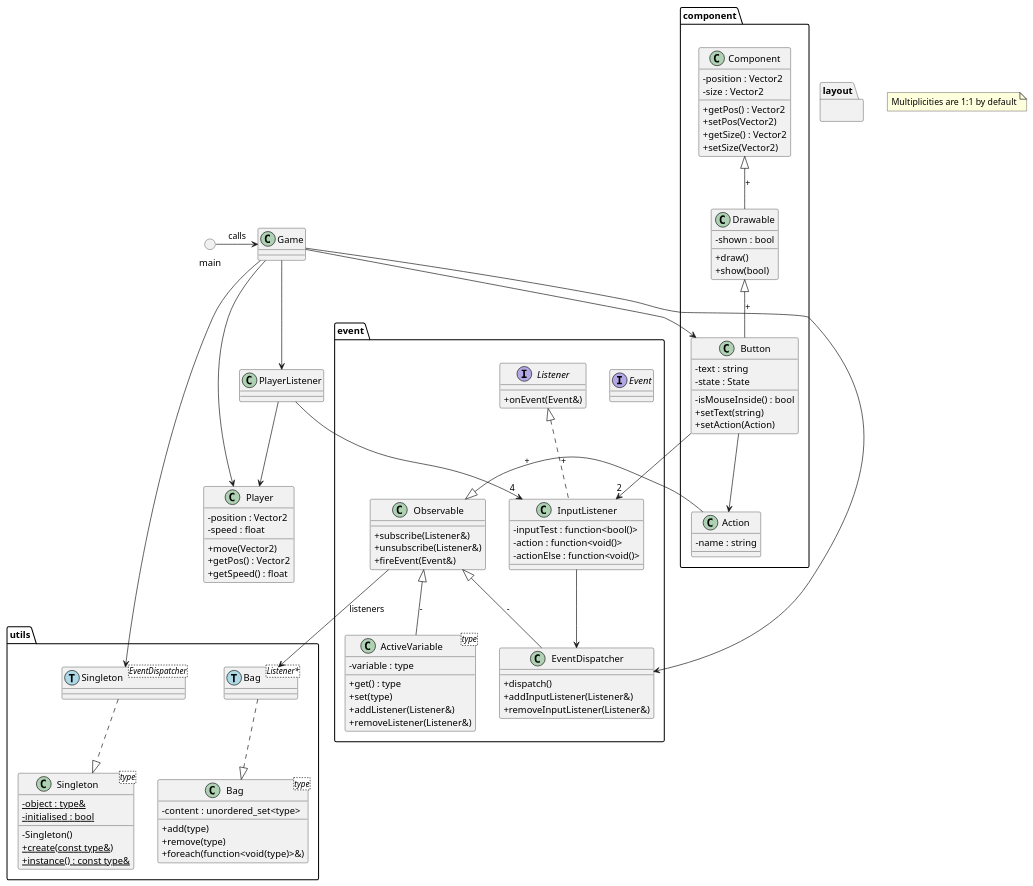
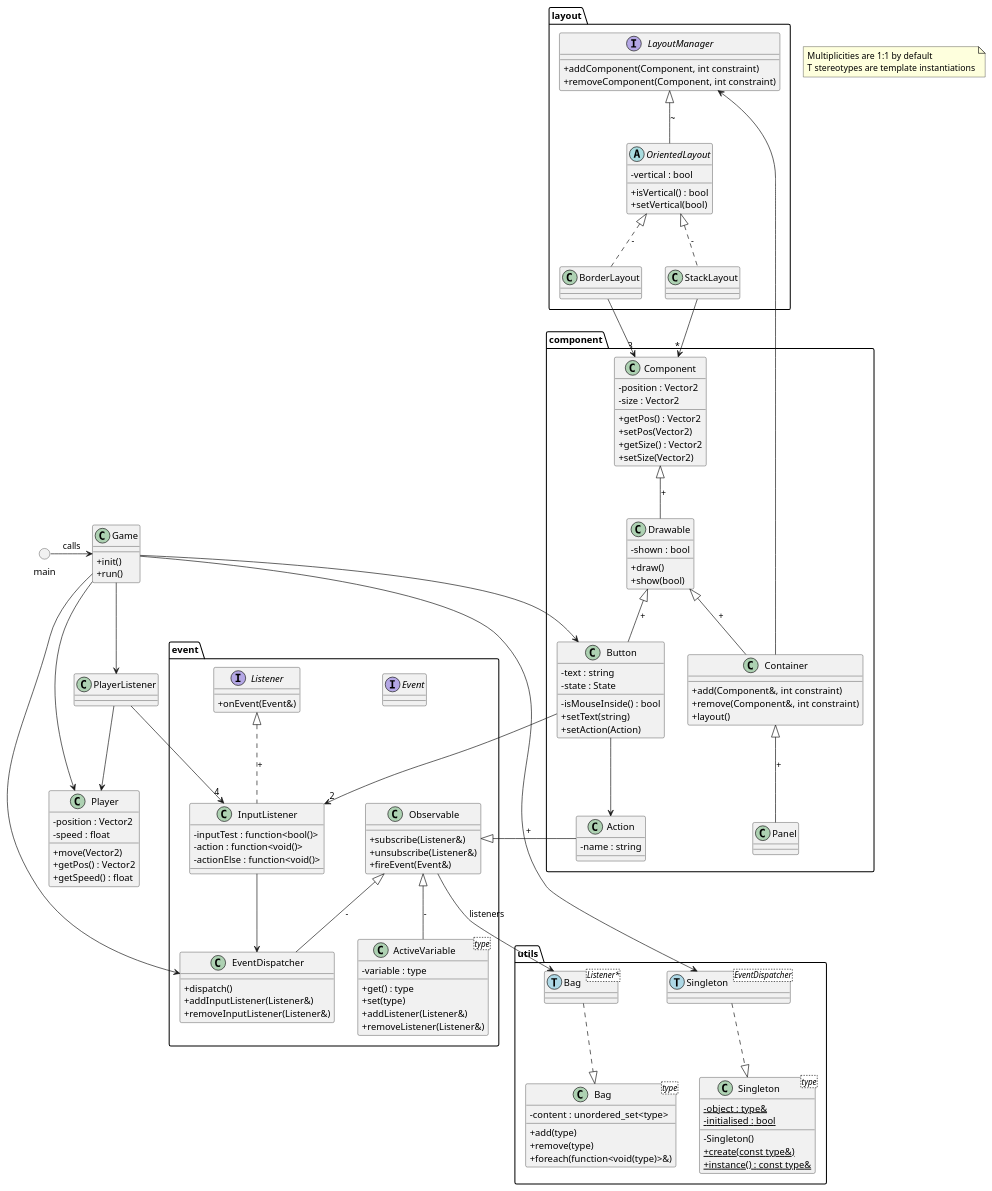
Before and after one commit to julesdupuis/CPP-UI-toolkit: the diagram in project.puml, drawn with PlantUML. The commit also changed 12 other files, not shown here.

```diff
--- a/project.puml
+++ b/project.puml
@@ -1,128 +1,163 @@
 @startuml project
 
 skinparam classAttributeIconSize 0
 
 note as mainNote
     Multiplicities are 1:1 by default
+    T stereotypes are template instantiations
 end note
 
 () main
 class Game{
-
+    +init()
+    +run()
 }
 class Player{
     -position : Vector2
     -speed : float
     +move(Vector2)
     +getPos() : Vector2
     +getSpeed() : float
 }
 class PlayerListener{
 
 }
 
 main -> Game : calls
 Game --> Player
 Game --> PlayerListener
 
 package utils{
     class Bag<type>{
         -content : unordered_set<type>
         +add(type)
         +remove(type)
         +foreach(function<void(type)>&)
     }
     class "Bag<Listener*>" as BagListener <<(T,LightBlue)>>
 
     class Singleton<type>{
         {static} -object : type&
         {static} -initialised : bool
         -Singleton()
         {static} +create(const type&)
         {static} +instance() : const type&
     }
     class "Singleton<EventDispatcher>" as SingletonEventDispatcher <<(T,LightBlue)>>
 }
 
 BagListener ..|> Bag
 SingletonEventDispatcher ..|> Singleton
 
 package event{
     interface Event
     interface Listener{
         +onEvent(Event&)
     }
     class Observable{
         +subscribe(Listener&)
         +unsubscribe(Listener&)
         +fireEvent(Event&)
     }
     class InputListener{
         {field} -inputTest : function<bool()>
         {field} -action : function<void()>
         {field} -actionElse : function<void()>
     }
     class EventDispatcher{
         +dispatch()
         +addInputListener(Listener&)
         +removeInputListener(Listener&)
     }
     class ActiveVariable<type>{
         -variable : type
         +get() : type
         +set(type)
         +addListener(Listener&)
         +removeListener(Listener&)
     }
 }
 
 Listener <|.. InputListener : +
 Observable <|-- EventDispatcher : -
 Observable <|-- ActiveVariable : -
 Observable --> BagListener : listeners
 
 InputListener --> EventDispatcher
 Game --> EventDispatcher
 
 package component{
     class Component{
         -position : Vector2
         -size : Vector2
         +getPos() : Vector2
         +setPos(Vector2)
         +getSize() : Vector2
         +setSize(Vector2)
     }
     class Drawable{
         -shown : bool
         +draw()
         +show(bool)
     }
     class Button{
         -text : string
         -state : State
         -isMouseInside() : bool
         +setText(string)
         +setAction(Action)
     }
     class Action{
         -name : string
     }
+    class Container{
+        +add(Component&, int constraint)
+        +remove(Component&, int constraint)
+        +layout()
+    }
+    class Panel{
+
+    }
 }
 
 Component <|-- Drawable : +
 Drawable <|-- Button : +
 Observable <|-- Action : +
+Drawable <|-- Container : +
+Container <|-- Panel : +
+
 Button --> Action
 Button --> "2" InputListener
 
 package layout{
+    interface LayoutManager{
+        +addComponent(Component, int constraint)
+        +removeComponent(Component, int constraint)
+    }
+    abstract class OrientedLayout{
+        -vertical : bool
+        +isVertical() : bool
+        +setVertical(bool)
+    }
+    class BorderLayout{
 
+    }
+    class StackLayout{
+
+    }
 }
+
+LayoutManager <|-- OrientedLayout : ~
+OrientedLayout <|.. BorderLayout : -
+OrientedLayout <|.. StackLayout : -
+
+Container --> LayoutManager
+BorderLayout --> "3" Component
+StackLayout --> "*" Component
 
 PlayerListener --> "4" InputListener
 PlayerListener --> Player
 Game --> SingletonEventDispatcher
 Game --> Button
 
 @enduml
```
